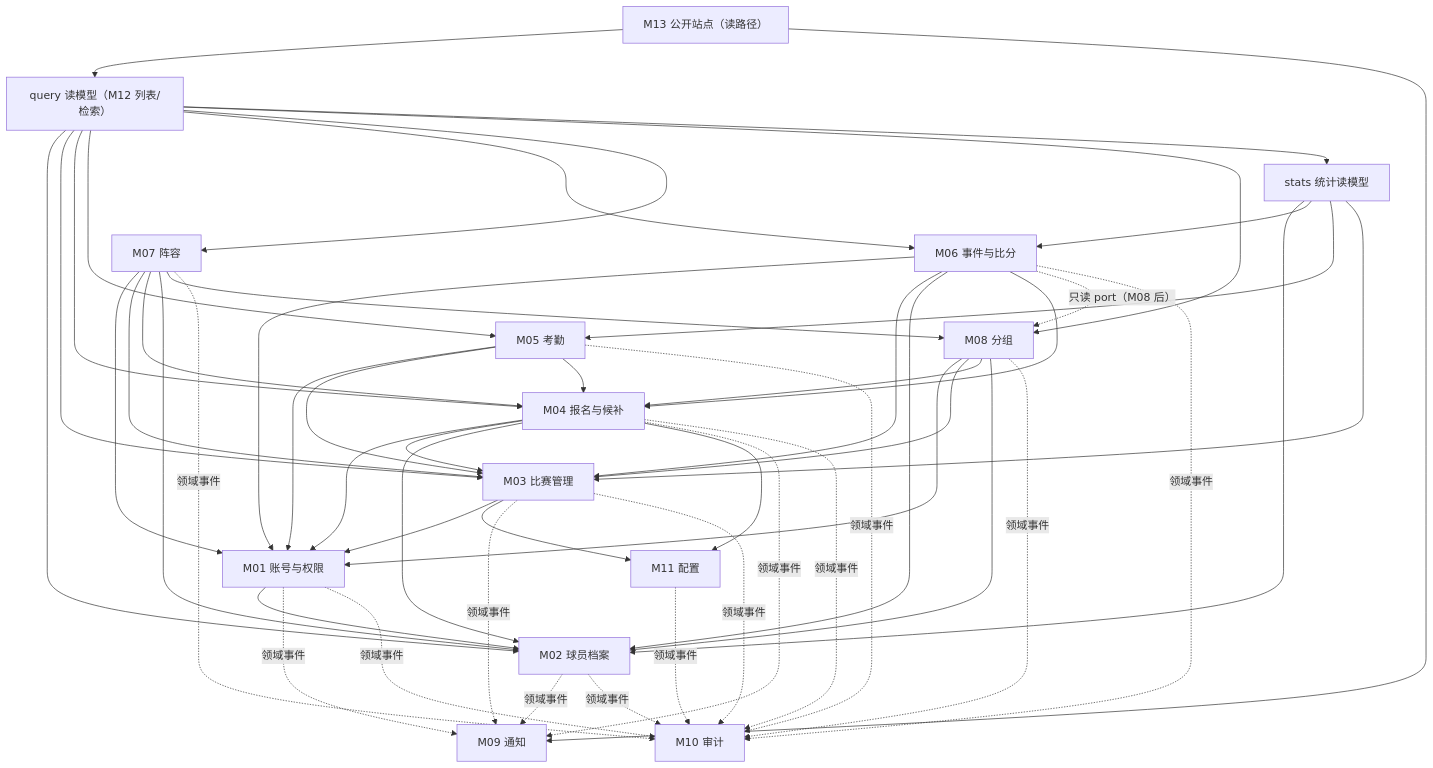
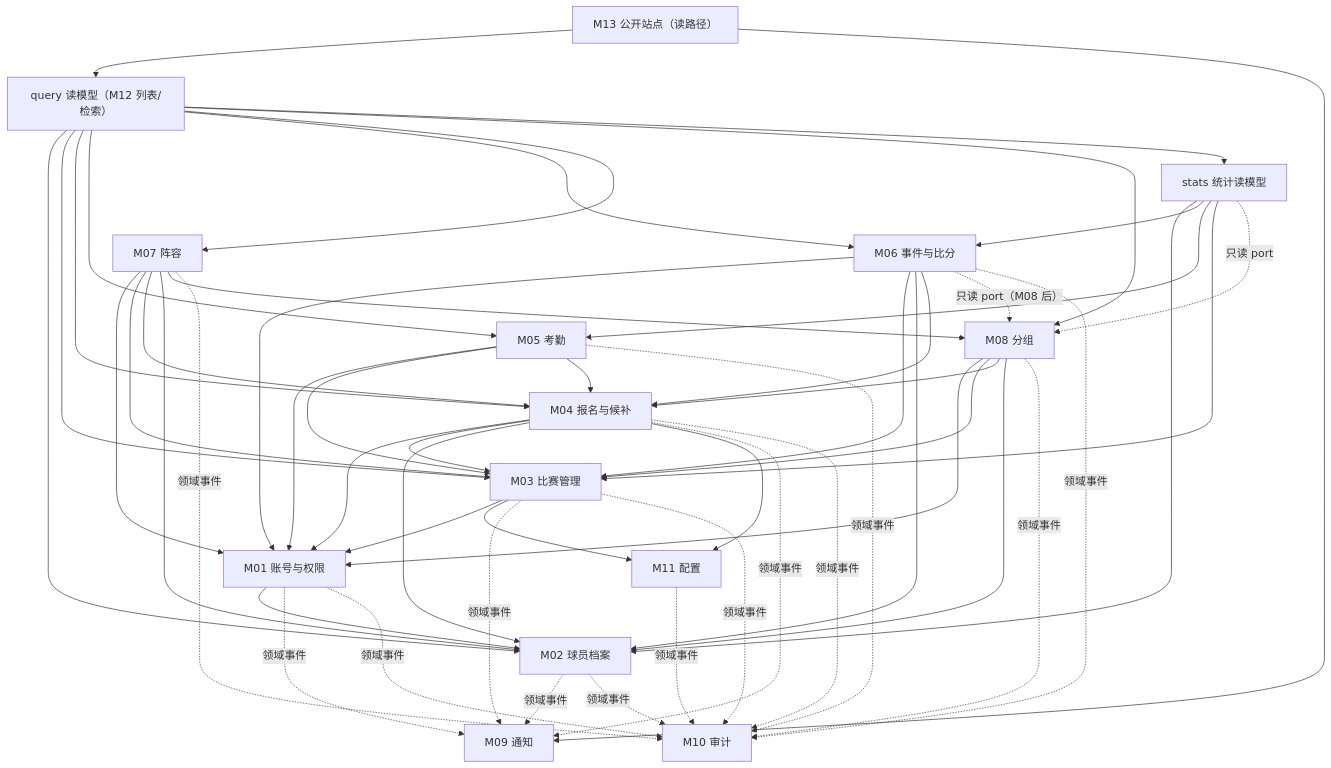
One commit to zhouyacheng/yunhefc changed the second of 7 diagrams in docs/design/03.整体架构设计.md. Above: the diagram before and after it, drawn with Mermaid. The commit also changed other lines of this file and 47 other files, not shown here.

````diff
--- a/docs/design/03.整体架构设计.md
+++ b/docs/design/03.整体架构设计.md
@@ -172,73 +172,74 @@
 ```mermaid
 flowchart TD
   Auth["M01 账号与权限"]
   Player["M02 球员档案"]
   Match["M03 比赛管理"]
   Reg["M04 报名与候补"]
   Att["M05 考勤"]
   Event["M06 事件与比分"]
   Lineup["M07 阵容"]
   Grouping["M08 分组"]
   Notify["M09 通知"]
   Audit["M10 审计"]
   Config["M11 配置"]
   Stats["stats 统计读模型"]
   Query["query 读模型（M12 列表/检索）"]
   Web["M13 公开站点（读路径）"]
 
   Auth --> Player
 
   Match --> Auth
   Reg --> Auth
   Att --> Auth
   Event --> Auth
   Lineup --> Auth
   Grouping --> Auth
 
   Reg --> Match
   Reg --> Player
   Reg --> Config
   Match --> Config
   Att --> Match
   Att --> Reg
   Event --> Match
   Event --> Player
   Event --> Reg
   Event -.->|只读 port（M08 后）| Grouping
   Lineup --> Match
   Lineup --> Reg
   Lineup --> Player
   Lineup --> Grouping
   Grouping --> Match
   Grouping --> Reg
   Grouping --> Player
 
   Stats --> Player
   Stats --> Event
   Stats --> Att
   Stats --> Match
+  Stats -.->|只读 port| Grouping
   Query --> Player
   Query --> Match
   Query --> Reg
   Query --> Att
   Query --> Event
   Query --> Lineup
   Query --> Grouping
   Query --> Stats
   Web --> Query
   Web --> Notify
 
   Auth -.->|领域事件| Notify
   Player -.->|领域事件| Notify
   Match -.->|领域事件| Notify
   Reg -.->|领域事件| Notify
   Auth -.->|领域事件| Audit
   Player -.->|领域事件| Audit
   Match -.->|领域事件| Audit
   Reg -.->|领域事件| Audit
   Att -.->|领域事件| Audit
   Event -.->|领域事件| Audit
   Lineup -.->|领域事件| Audit
   Grouping -.->|领域事件| Audit
   Config -.->|领域事件| Audit
 ```
````
